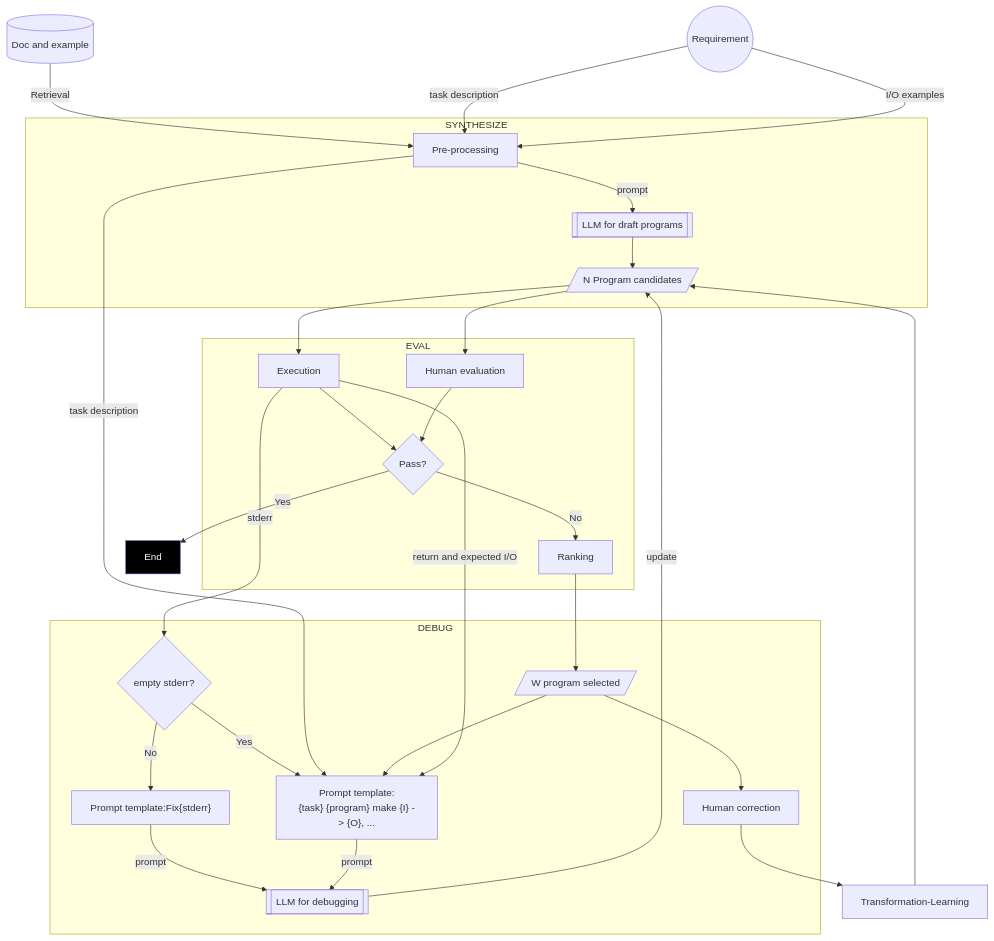
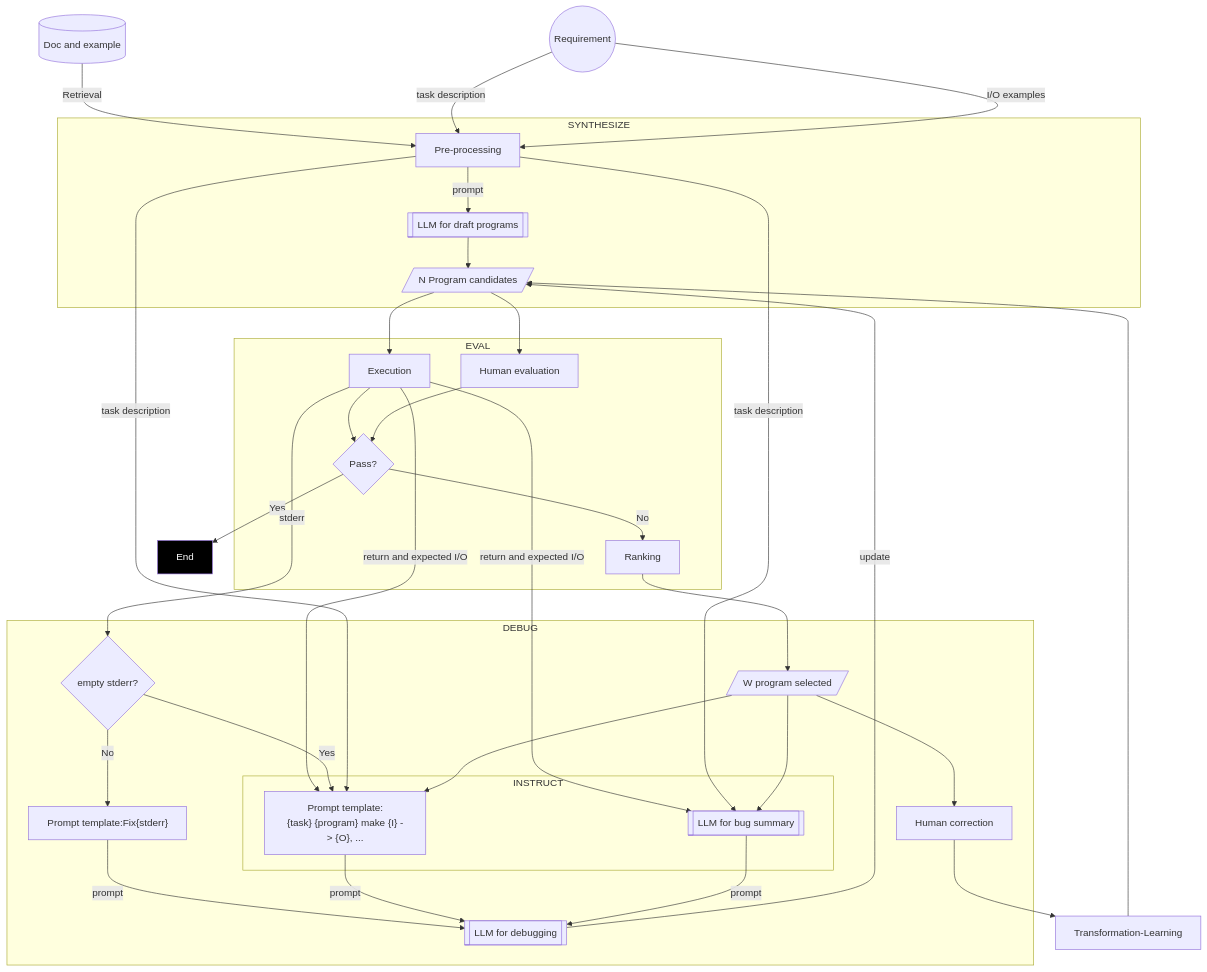
Before and after one commit to AI-LLM/ai-llm.github.io: the second of 2 diagrams in Code-Generation.md, drawn with Mermaid.

````diff
--- a/Code-Generation.md
+++ b/Code-Generation.md
@@ -59,34 +59,42 @@
 ```mermaid
 graph TD;
 classDef INV fill:black,color:white;
 doc[(Doc and example)] -- Retrieval --> Pre-processing
 S((Requirement)) -- task description --> Pre-processing
 S -- I/O examples --> Pre-processing
 subgraph SYNTHESIZE
 Pre-processing -- prompt --> LLMsynth[[LLM for draft programs]]
 LLMsynth --> PN[/N Program candidates/]
 end
 PN --> Execution
 PN --> Evaluation[Human evaluation]
 subgraph EVAL
 Execution --> Suc{Pass?} -- No -->Ranking
 Evaluation --> Suc
 end
 Suc -- Yes --> End
 class End INV;
 Ranking --> PS[/W program selected/]
 subgraph DEBUG
 Execution -- stderr --> noerr{empty stderr?}
 noerr -- No --> PT1["Prompt template:Fix{stderr}"] 
 PT1 -- prompt --> LLMdebug
-noerr -- Yes --> PT2["Prompt template:\n{task} {program} make {I} -> {O}, ..."]
+subgraph INSTRUCT
+PT2["Prompt template:\n{task} {program} make {I} -> {O}, ..."]
+LLMsum[[LLM for bug summary]]
+end
+Execution -- return and expected I/O --> PT2
+Execution -- return and expected I/O --> LLMsum
+noerr -- Yes --> PT2
 Pre-processing -- task description --> PT2
+Pre-processing -- task description --> LLMsum
 PS --> PT2
+PS --> LLMsum
 PT2 -- prompt --> LLMdebug[[LLM for debugging]]
+LLMsum -- prompt --> LLMdebug
 PS --> Correction[Human correction]
 end
-Execution -- return and expected I/O --> PT2
 LLMdebug -- update --> PN
 Correction --> Transformation-Learning
 Transformation-Learning --> PN
 ```
````
